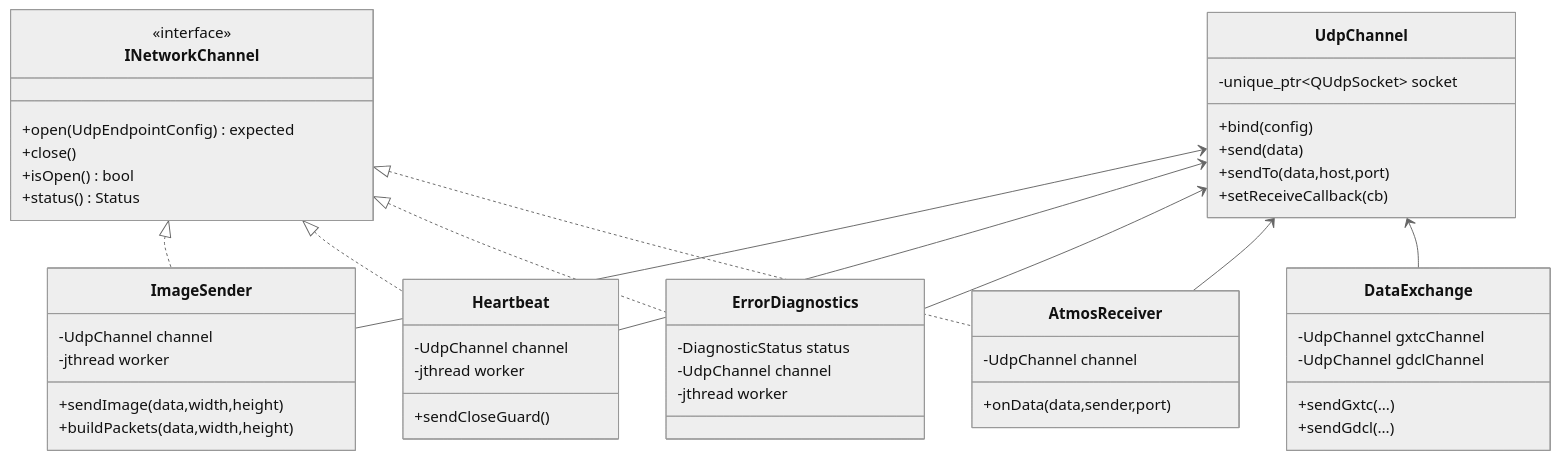
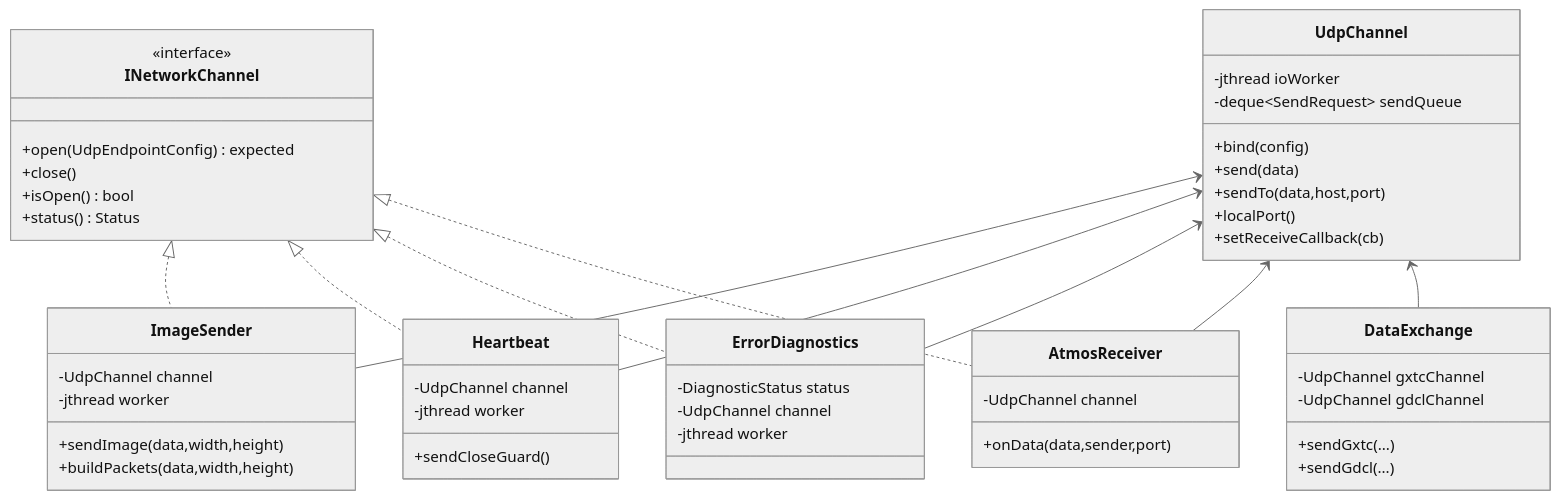
The second of 6 diagrams in docs/module-network.md (with-fair-wind/1mZGG), drawn with Mermaid (neutral theme) before and after one commit. The commit also changed other lines of this file and 61 other files, not shown here.

````diff
--- a/docs/module-network.md
+++ b/docs/module-network.md
@@ -137,53 +138,55 @@
 ```mermaid
 classDiagram
     class INetworkChannel {
         <<interface>>
         +open(UdpEndpointConfig) expected
         +close()
         +isOpen() bool
         +status() Status
     }
     class UdpChannel {
-        -unique_ptr~QUdpSocket~ socket
+        -jthread ioWorker
+        -deque~SendRequest~ sendQueue
         +bind(config)
         +send(data)
         +sendTo(data,host,port)
+        +localPort()
         +setReceiveCallback(cb)
     }
     class ImageSender {
         -UdpChannel channel
         -jthread worker
         +sendImage(data,width,height)
         +buildPackets(data,width,height)
     }
     class Heartbeat {
         -UdpChannel channel
         -jthread worker
         +sendCloseGuard()
     }
     class ErrorDiagnostics {
         -DiagnosticStatus status
         -UdpChannel channel
         -jthread worker
     }
     class AtmosReceiver {
         -UdpChannel channel
         +onData(data,sender,port)
     }
     class DataExchange {
         -UdpChannel gxtcChannel
         -UdpChannel gdclChannel
         +sendGxtc(...)
         +sendGdcl(...)
     }
 
     UdpChannel <-- ImageSender
     UdpChannel <-- Heartbeat
     UdpChannel <-- ErrorDiagnostics
     UdpChannel <-- AtmosReceiver
     UdpChannel <-- DataExchange
     INetworkChannel <|.. ImageSender
     INetworkChannel <|.. Heartbeat
     INetworkChannel <|.. ErrorDiagnostics
     INetworkChannel <|.. AtmosReceiver
 ```
````
